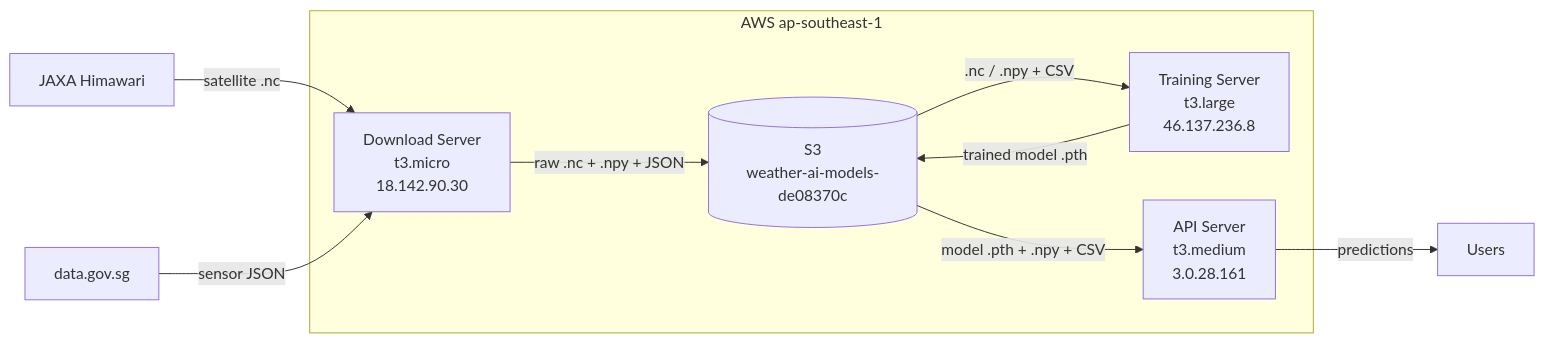
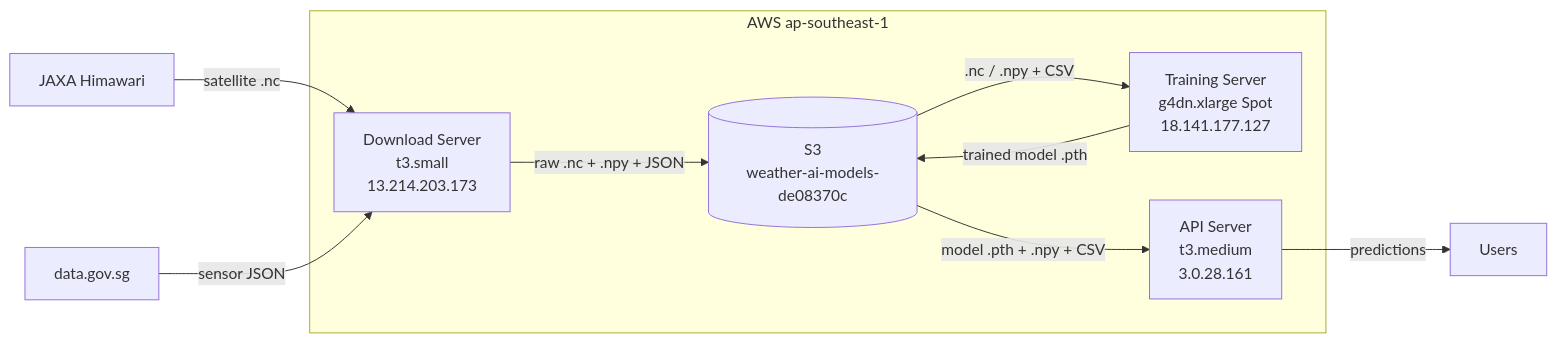
Before and after one commit to goantigravity-bot/singapore-weather-ai: the first of 2 diagrams in docs/server-infrastructure-en.md, drawn with Mermaid. The commit also changed other lines of this file and 37 other files, not shown here.

````diff
--- a/docs/server-infrastructure-en.md
+++ b/docs/server-infrastructure-en.md
@@ -7,17 +7,17 @@
 ```mermaid
 graph LR
     subgraph AWS ap-southeast-1
-        DL[Download Server<br/>t3.micro<br/>18.142.90.30]
-        TR[Training Server<br/>t3.large<br/>46.137.236.8]
+        DL[Download Server<br/>t3.small<br/>13.214.203.173]
+        TR[Training Server<br/>g4dn.xlarge Spot<br/>18.141.177.127]
         API[API Server<br/>t3.medium<br/>3.0.28.161]
         S3[(S3<br/>weather-ai-models-de08370c)]
     end
 
     JAXA[JAXA Himawari] -->|satellite .nc| DL
     GOV[data.gov.sg] -->|sensor JSON| DL
     DL -->|raw .nc + .npy + JSON| S3
     S3 -->|.nc / .npy + CSV| TR
     S3 -->|model .pth + .npy + CSV| API
     TR -->|trained model .pth| S3
     API -->|predictions| Users
 ```
````
